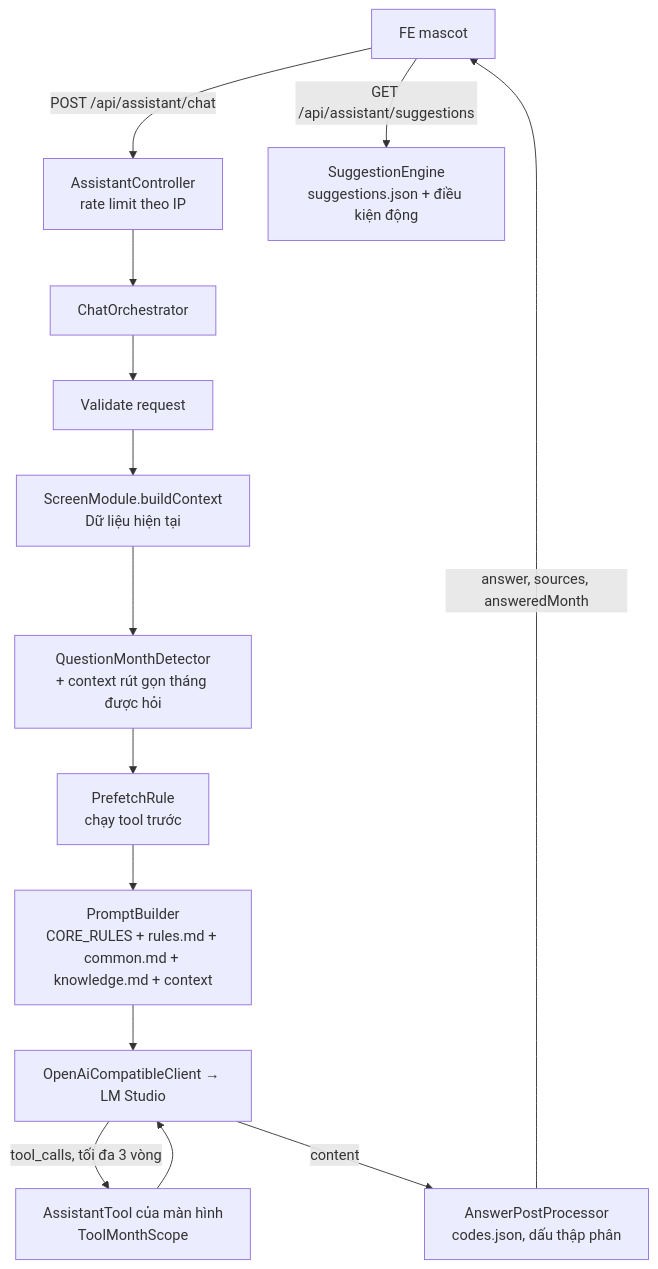
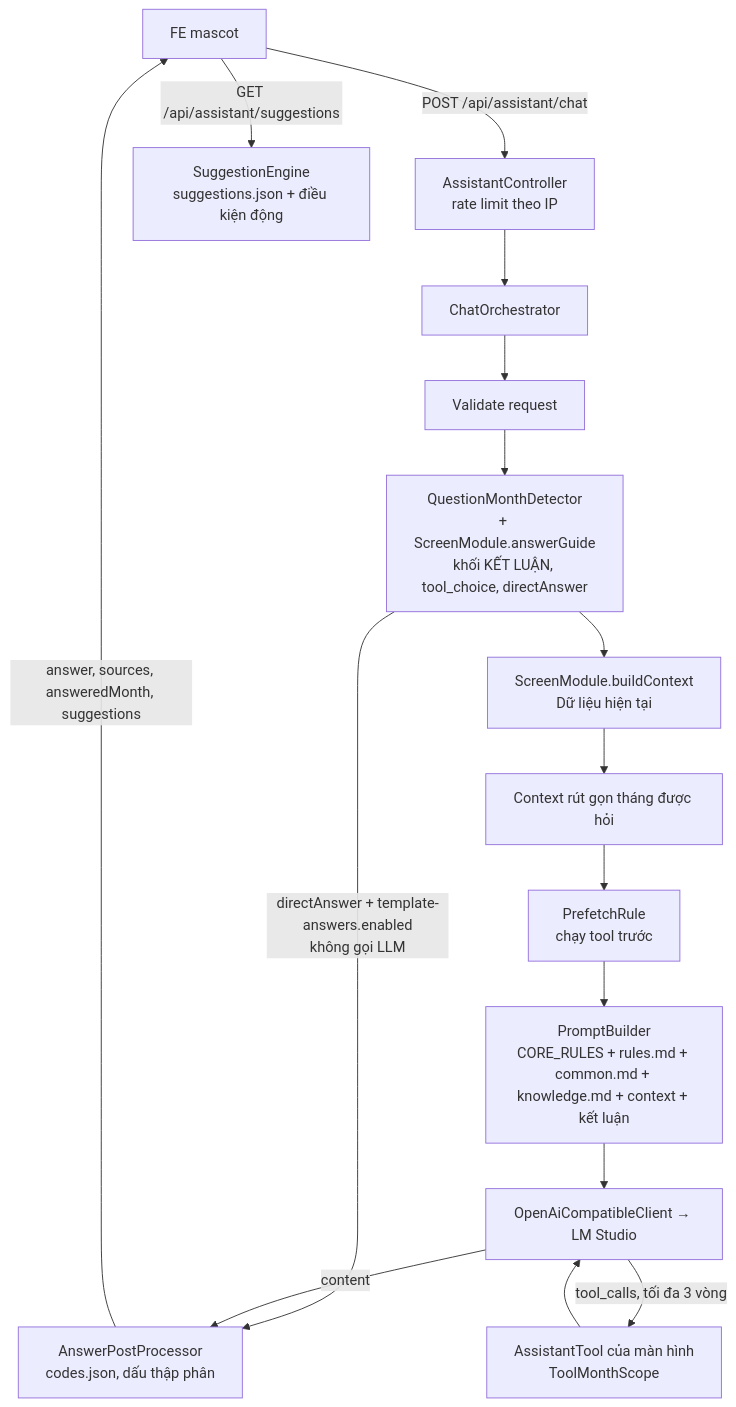
The diagram in docs/assistant/README.md (viet1012/backlog-be), drawn with Mermaid before and after one commit. The commit also changed other lines of this file and 1 other file, not shown here.

````diff
--- a/docs/assistant/README.md
+++ b/docs/assistant/README.md
@@ -33,16 +44,18 @@
 ```mermaid
 flowchart TD
     FE[FE mascot] -->|POST /api/assistant/chat| C[AssistantController<br/>rate limit theo IP]
     C --> O[ChatOrchestrator]
     O --> V[Validate request]
-    V --> CTX[ScreenModule.buildContext<br/>Dữ liệu hiện tại]
-    CTX --> M[QuestionMonthDetector<br/>+ context rút gọn tháng được hỏi]
+    V --> AG[QuestionMonthDetector<br/>+ ScreenModule.answerGuide<br/>khối KẾT LUẬN, tool_choice, directAnswer]
+    AG -->|directAnswer + template-answers.enabled<br/>không gọi LLM| PP
+    AG --> CTX[ScreenModule.buildContext<br/>Dữ liệu hiện tại]
+    CTX --> M[Context rút gọn tháng được hỏi]
     M --> PF[PrefetchRule<br/>chạy tool trước]
-    PF --> P[PromptBuilder<br/>CORE_RULES + rules.md + common.md + knowledge.md + context]
+    PF --> P[PromptBuilder<br/>CORE_RULES + rules.md + common.md + knowledge.md + context + kết luận]
     P --> L[OpenAiCompatibleClient → LM Studio]
     L -->|tool_calls, tối đa 3 vòng| T[AssistantTool của màn hình<br/>ToolMonthScope]
     T --> L
     L -->|content| PP[AnswerPostProcessor<br/>codes.json, dấu thập phân]
-    PP -->|answer, sources, answeredMonth| FE
+    PP -->|answer, sources, answeredMonth, suggestions| FE
     FE -->|GET /api/assistant/suggestions| S[SuggestionEngine<br/>suggestions.json + điều kiện động]
 ```
````
